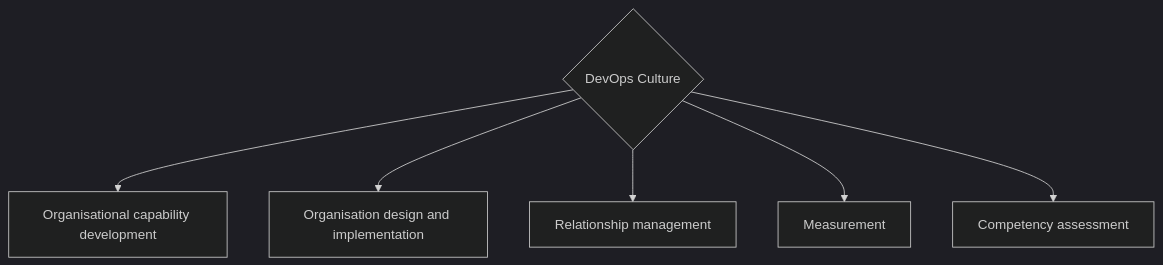
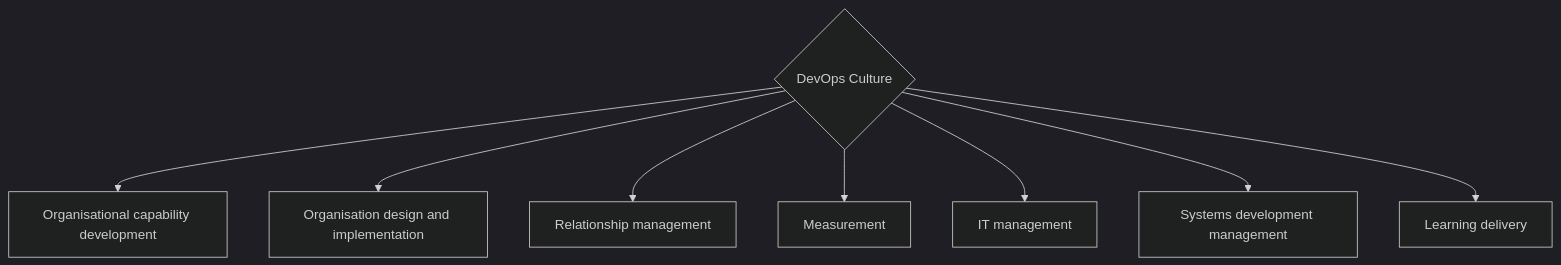
One commit to evgeniy-kharchenko/The-Way-of-DevOps changed the second of 2 diagrams in README.md. Above: the diagram before and after it, drawn with Mermaid (dark theme).

Commit message:
added sheme 2

````diff
--- a/README.md
+++ b/README.md
@@ -40,9 +40,11 @@
 ```mermaid
 graph TD
     DevOpsCulture{DevOps Culture}
     DevOpsCulture --> OCDV[Organisational capability development]
     DevOpsCulture --> ORDI[Organisation design and implementation]
     DevOpsCulture --> RLMT[Relationship management]
     DevOpsCulture --> MEAS[Measurement]
-    DevOpsCulture --> LEAD[Competency assessment]
+    DevOpsCulture --> ITMG[IT management]
+    DevOpsCulture --> DLMG[Systems development management]
+    DevOpsCulture --> ETDL[Learning delivery]
 ```
````
